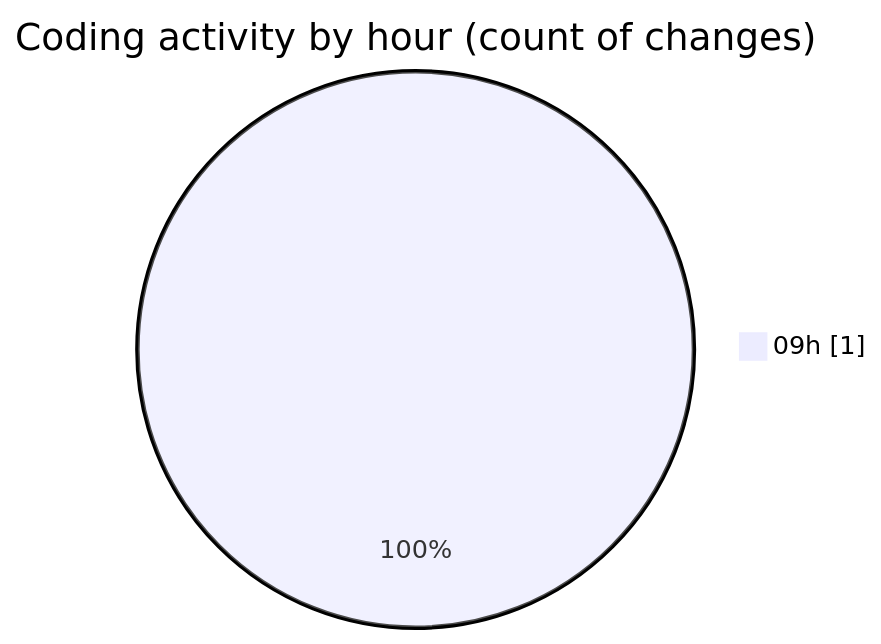
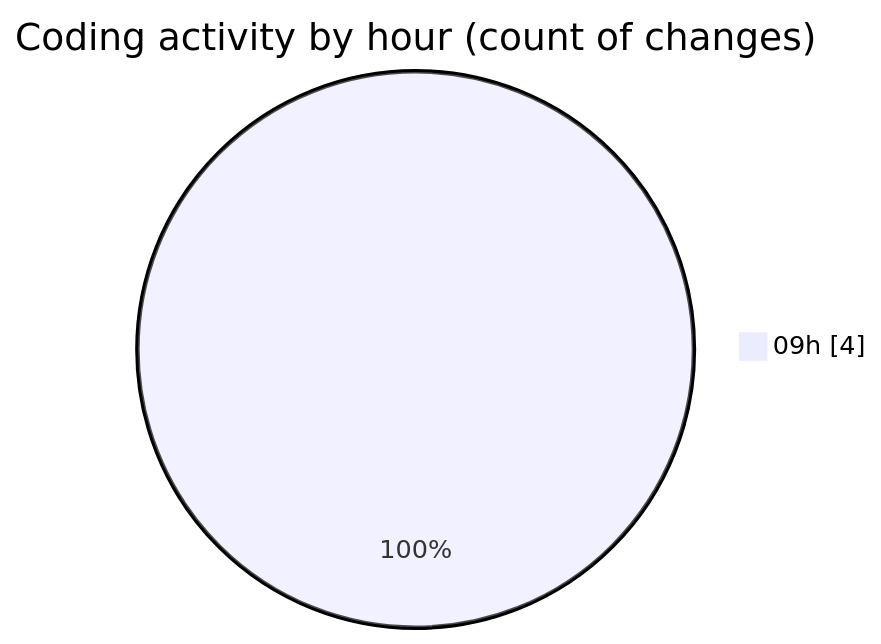
Before and after one commit to IJAZ3593/code-tracking: the second of 2 diagrams in 2025-09-14/new_folder/README.md, drawn with Mermaid. The commit also changed other lines of this file and 1 other file, not shown here.

````diff
--- a/2025-09-14/new_folder/README.md
+++ b/2025-09-14/new_folder/README.md
@@ -28,5 +28,5 @@
 ```mermaid
 pie showData
 title Coding activity by hour (count of changes)
-"09h" : 1
+"09h" : 4
 ```
````
